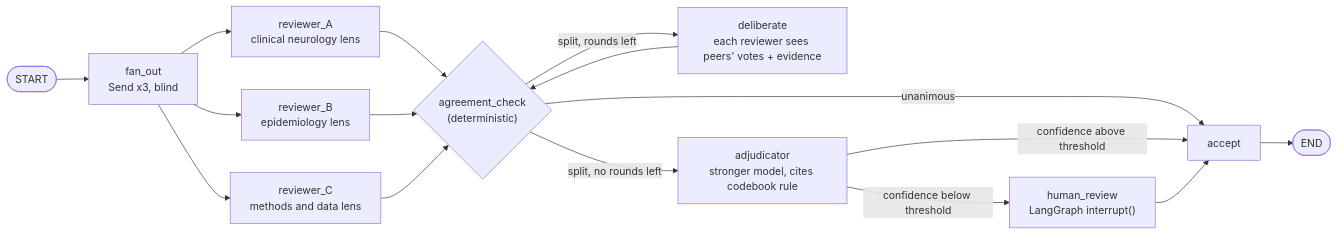
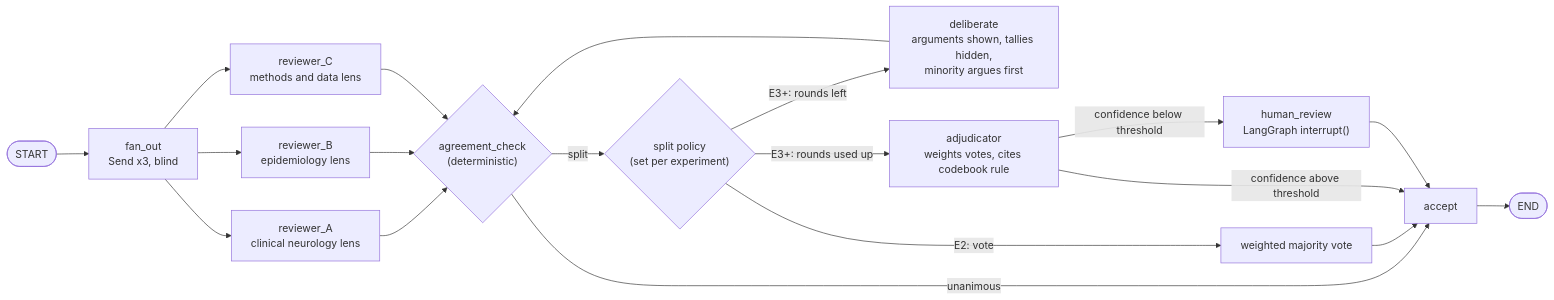
Before and after one commit to iUtsa/adrd-multiagent-review: the second of 4 diagrams in docs/ARCHITECTURE.md, drawn with Mermaid. The commit also changed other lines of this file and 3 other files, not shown here.

First line of the commit message:
Revise architecture after literature review (v0.2)

````diff
--- a/docs/ARCHITECTURE.md
+++ b/docs/ARCHITECTURE.md
@@ -85,18 +96,21 @@
 ```mermaid
 flowchart LR
     S([START]) --> F["fan_out<br/>Send x3, blind"]
     F --> RA["reviewer_A<br/>clinical neurology lens"]
     F --> RB["reviewer_B<br/>epidemiology lens"]
     F --> RC["reviewer_C<br/>methods and data lens"]
     RA --> AG{"agreement_check<br/>(deterministic)"}
     RB --> AG
     RC --> AG
     AG -->|unanimous| ACC["accept"]
-    AG -->|split, rounds left| DL["deliberate<br/>each reviewer sees peers' votes + evidence"]
+    AG -->|split| POL{"split policy<br/>(set per experiment)"}
+    POL -->|"E2: vote"| VOTE["weighted majority vote"]
+    VOTE --> ACC
+    POL -->|"E3+: rounds left"| DL["deliberate<br/>arguments shown, tallies hidden,<br/>minority argues first"]
     DL --> AG
-    AG -->|split, no rounds left| ADJ["adjudicator<br/>stronger model, cites codebook rule"]
+    POL -->|"E3+: rounds used up"| ADJ["adjudicator<br/>weights votes, cites codebook rule"]
     ADJ -->|confidence above threshold| ACC
     ADJ -->|confidence below threshold| H["human_review<br/>LangGraph interrupt()"]
     H --> ACC
     ACC --> E([END])
 ```
````
